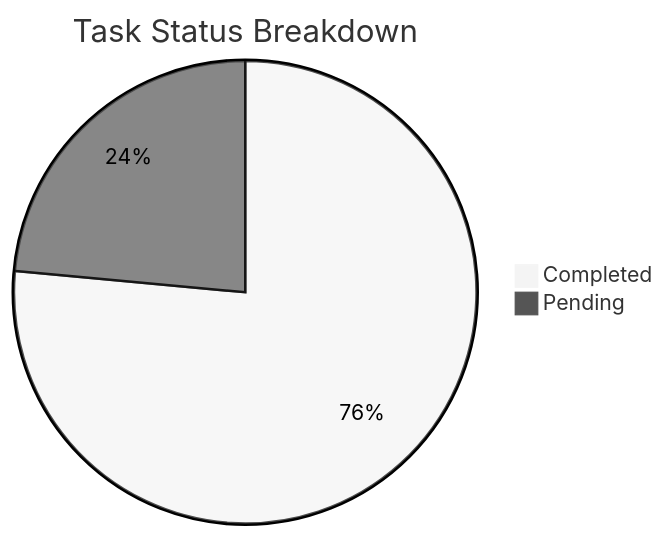
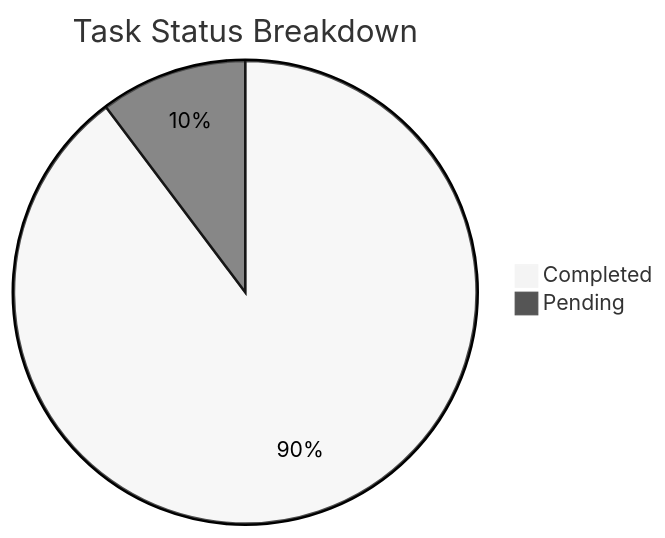
The first of 2 diagrams in Sanchay/Analytics.md (sagarms97/MyWorkDairy), drawn with Mermaid (neutral theme) before and after one commit. The commit also changed other lines of this file and 4 other files, not shown here.

````diff
--- a/Sanchay/Analytics.md
+++ b/Sanchay/Analytics.md
@@ -12,5 +12,5 @@
 ```mermaid
 pie title Task Status Breakdown
-    "Completed" : 26
-    "Pending" : 8
+    "Completed" : 35
+    "Pending" : 4
 ```
````
